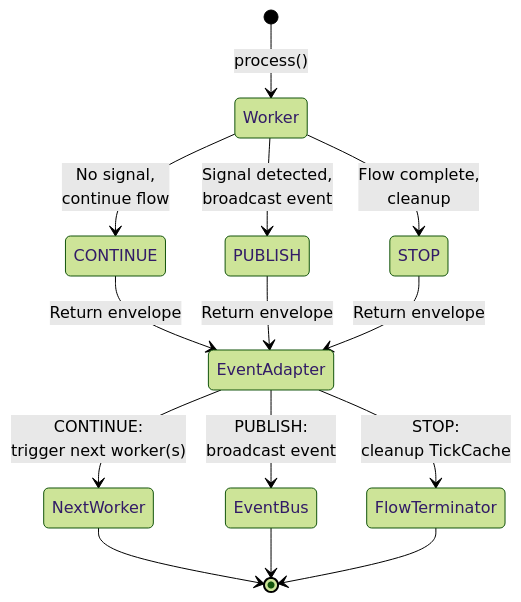
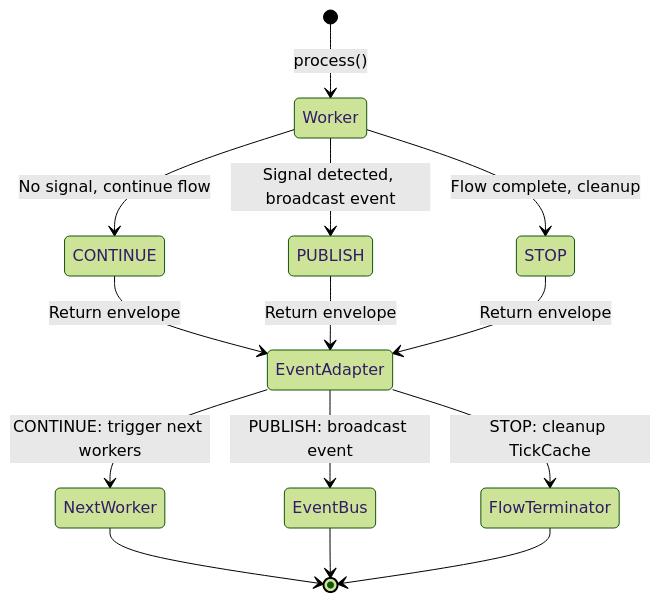
One commit to MikeyVK/S1mpleTraderV3 changed the second of 2 diagrams in docs/architecture/DATA_FLOW.md. Above: the diagram before and after it, drawn with Mermaid (forest theme). The commit also changed 3 other files, not shown here.

First line of the commit message:
docs: Fix Mermaid diagram parse errors + add LogEnricher design

````diff
--- a/docs/architecture/DATA_FLOW.md
+++ b/docs/architecture/DATA_FLOW.md
@@ -131,19 +131,19 @@
 ```mermaid
 stateDiagram-v2
     [*] --> Worker: process()
-    Worker --> CONTINUE: No signal,<br/>continue flow
-    Worker --> PUBLISH: Signal detected,<br/>broadcast event
-    Worker --> STOP: Flow complete,<br/>cleanup
+    Worker --> CONTINUE: No signal, continue flow
+    Worker --> PUBLISH: Signal detected, broadcast event
+    Worker --> STOP: Flow complete, cleanup
     
     CONTINUE --> EventAdapter: Return envelope
     PUBLISH --> EventAdapter: Return envelope
     STOP --> EventAdapter: Return envelope
     
-    EventAdapter --> NextWorker: CONTINUE:<br/>trigger next worker(s)
-    EventAdapter --> EventBus: PUBLISH:<br/>broadcast event
-    EventAdapter --> FlowTerminator: STOP:<br/>cleanup TickCache
+    EventAdapter --> NextWorker: CONTINUE: trigger next workers
+    EventAdapter --> EventBus: PUBLISH: broadcast event
+    EventAdapter --> FlowTerminator: STOP: cleanup TickCache
     
     NextWorker --> [*]
     EventBus --> [*]
     FlowTerminator --> [*]
 ```
````
